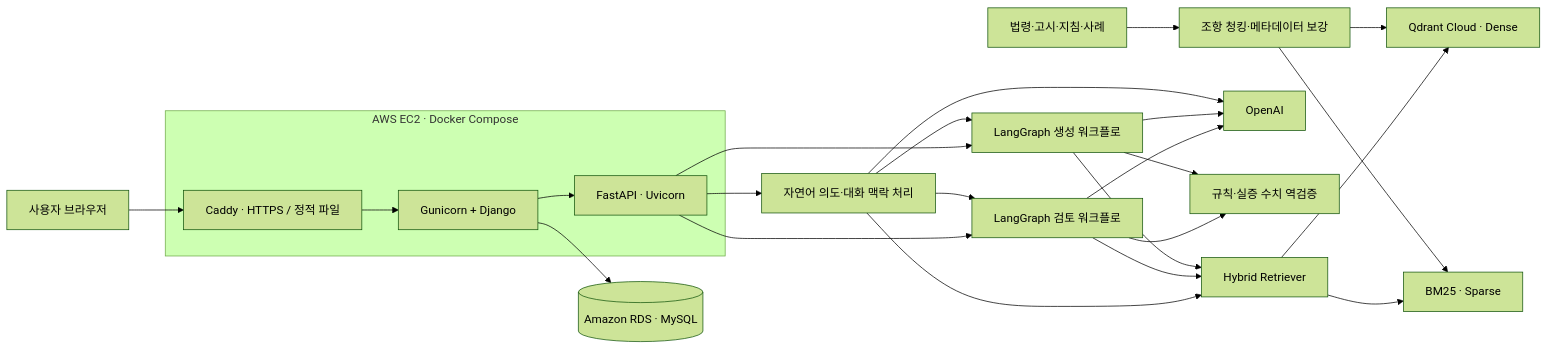
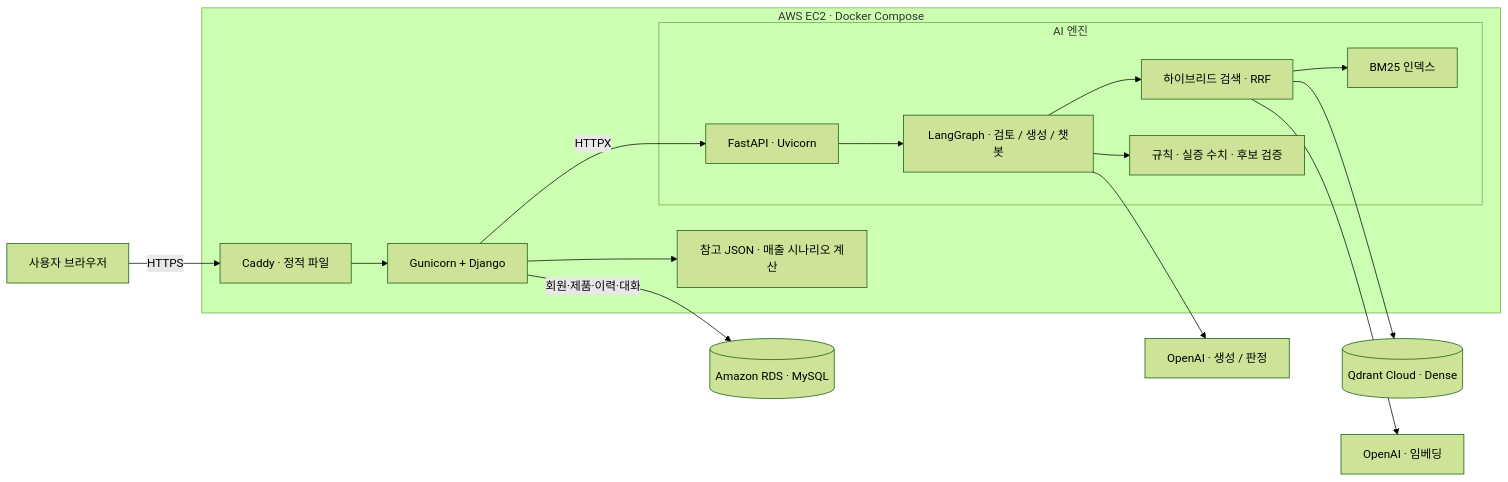
One commit to SKNETWORKS-FAMILY-AICAMP/SKN35-4th-5Team changed the first of 2 diagrams in README.md. Above: the diagram before and after it, drawn with Mermaid (forest theme). The commit also changed other lines of this file and 10 other files, not shown here.

````diff
--- a/README.md
+++ b/README.md
@@ -137,27 +144,19 @@
 ```mermaid
 flowchart LR
-    U[사용자 브라우저] --> PROXY[Caddy · HTTPS / 정적 파일]
+    USER[사용자 브라우저] -->|HTTPS| PROXY
     subgraph EC2[AWS EC2 · Docker Compose]
-        PROXY --> WEB[Gunicorn + Django]
-        WEB --> API[FastAPI · Uvicorn]
+        PROXY[Caddy · 정적 파일] --> WEB[Gunicorn + Django]
+        WEB -->|HTTPX| API[FastAPI · Uvicorn]
+        WEB --> REF[참고 JSON · 매출 시나리오 계산]
+        subgraph ENGINE[AI 엔진]
+            API --> FLOW[LangGraph · 검토 / 생성 / 챗봇]
+            FLOW --> RAG[하이브리드 검색 · RRF]
+            RAG --> BM25[BM25 인덱스]
+            FLOW --> VERIFY[규칙 · 실증 수치 · 후보 검증]
+        end
     end
-    WEB --> DB[(Amazon RDS · MySQL)]
-    API --> CHAT[자연어 의도·대화 맥락 처리]
-    API --> REVIEW[LangGraph 검토 워크플로]
-    API --> GEN[LangGraph 생성 워크플로]
-    CHAT --> REVIEW
-    CHAT --> GEN
-    CHAT --> RAG[Hybrid Retriever]
-    REVIEW --> RAG
-    GEN --> RAG
-    RAG --> Q[Qdrant Cloud · Dense]
-    RAG --> B[BM25 · Sparse]
-    REVIEW --> LLM[OpenAI]
-    GEN --> LLM
-    CHAT --> LLM
-    REVIEW --> V[규칙·실증 수치 역검증]
-    GEN --> V
-    RAW[법령·고시·지침·사례] --> CHUNK[조항 청킹·메타데이터 보강]
-    CHUNK --> Q
-    CHUNK --> B
+    WEB -->|회원·제품·이력·대화| RDS[(Amazon RDS · MySQL)]
+    RAG --> QDRANT[(Qdrant Cloud · Dense)]
+    FLOW --> OPENAI[OpenAI · 생성 / 판정]
+    RAG --> EMBED[OpenAI · 임베딩]
 ```
````
